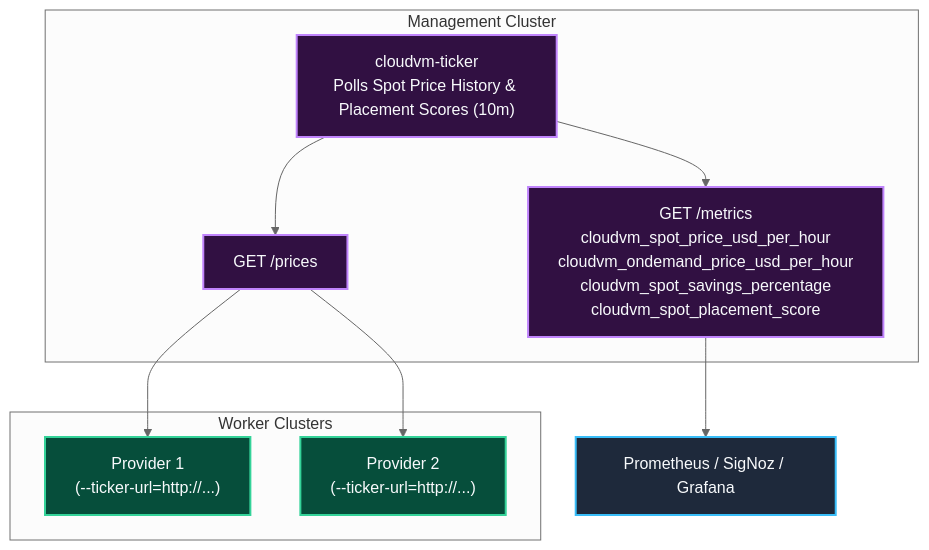
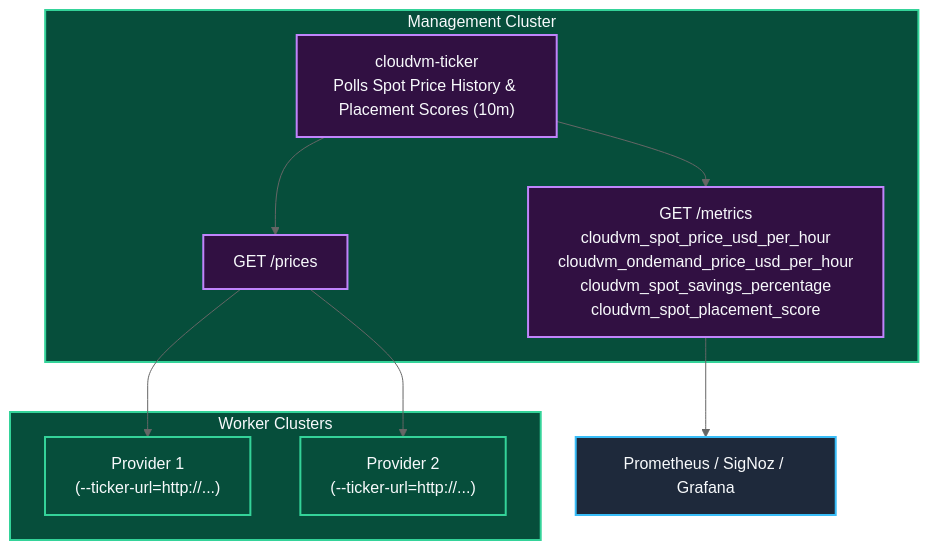
The eighth of 8 diagrams in readme.md (simonepri/interlink-cloudvm-plugin), drawn with Mermaid (neutral theme) before and after one commit. The commit also changed other lines of this file and 16 other files, not shown here.

````diff
--- a/readme.md
+++ b/readme.md
@@ -270,26 +270,26 @@
 ```mermaid
 flowchart TD
     classDef central fill:#311042,stroke:#C084FC,stroke-width:2px,color:#F8FAFC
-    classDef cell fill:#064E3B,stroke:#34D399,stroke-width:2px,color:#F8FAFC
+    classDef cluster fill:#064E3B,stroke:#34D399,stroke-width:2px,color:#F8FAFC
     classDef otel fill:#1E293B,stroke:#38BDF8,stroke-width:2px,color:#F8FAFC
 
     subgraph Central["Management Cluster"]
         Ticker["cloudvm-ticker
 Polls Spot Price History & Placement Scores (10m)"]:::central
         Ticker --> HTTP["GET /prices"]:::central
         Ticker --> Metrics["GET /metrics
 cloudvm_spot_price_usd_per_hour
 cloudvm_ondemand_price_usd_per_hour
 cloudvm_spot_savings_percentage
 cloudvm_spot_placement_score"]:::central
     end
 
     Metrics --> OTEL["Prometheus / SigNoz / Grafana"]:::otel
 
-    subgraph Cells["Worker Clusters"]
-        HTTP --> Cell1["Provider 1
-(--ticker-url=http://...)"]:::cell
-        HTTP --> Cell2["Provider 2
-(--ticker-url=http://...)"]:::cell
+    subgraph Clusters["Worker Clusters"]
+        HTTP --> Cluster1["Provider 1
+(--ticker-url=http://...)"]:::cluster
+        HTTP --> Cluster2["Provider 2
+(--ticker-url=http://...)"]:::cluster
     end
 ```
````
